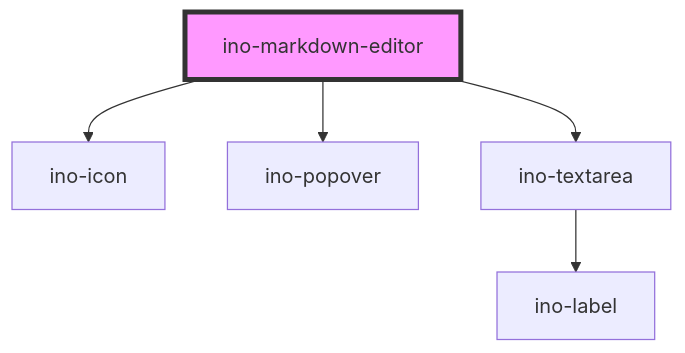
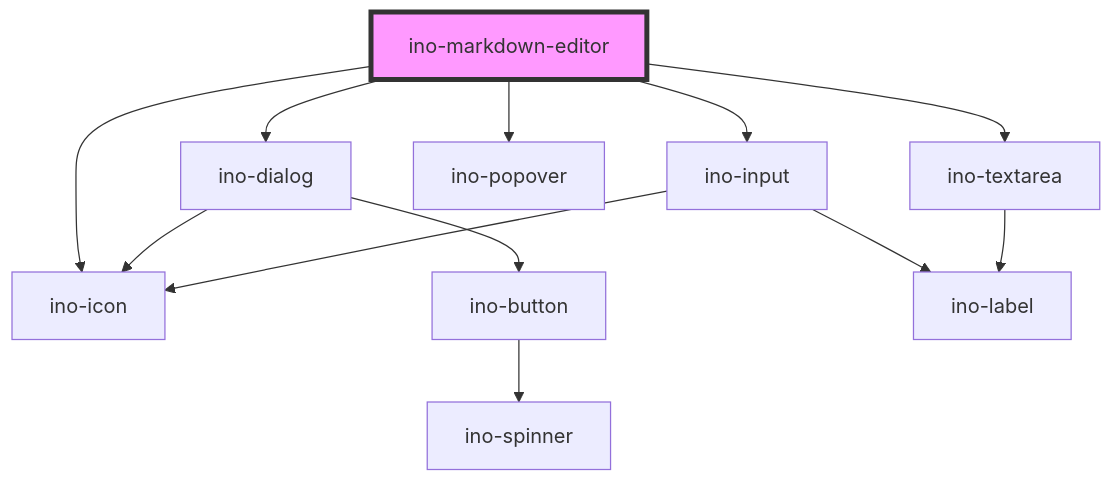
Before and after one commit to inovex/elements: the diagram in packages/elements/src/components/ino-markdown-editor/readme.md, drawn with Mermaid. The commit also changed other lines of this file and 5 other files, not shown here.

````diff
--- a/packages/elements/src/components/ino-markdown-editor/readme.md
+++ b/packages/elements/src/components/ino-markdown-editor/readme.md
@@ -34,8 +36,15 @@
 ```mermaid
 graph TD;
+  ino-markdown-editor --> ino-dialog
+  ino-markdown-editor --> ino-input
   ino-markdown-editor --> ino-icon
   ino-markdown-editor --> ino-popover
   ino-markdown-editor --> ino-textarea
+  ino-dialog --> ino-icon
+  ino-dialog --> ino-button
+  ino-button --> ino-spinner
+  ino-input --> ino-label
+  ino-input --> ino-icon
   ino-textarea --> ino-label
   style ino-markdown-editor fill:#f9f,stroke:#333,stroke-width:4px
 ```
````
